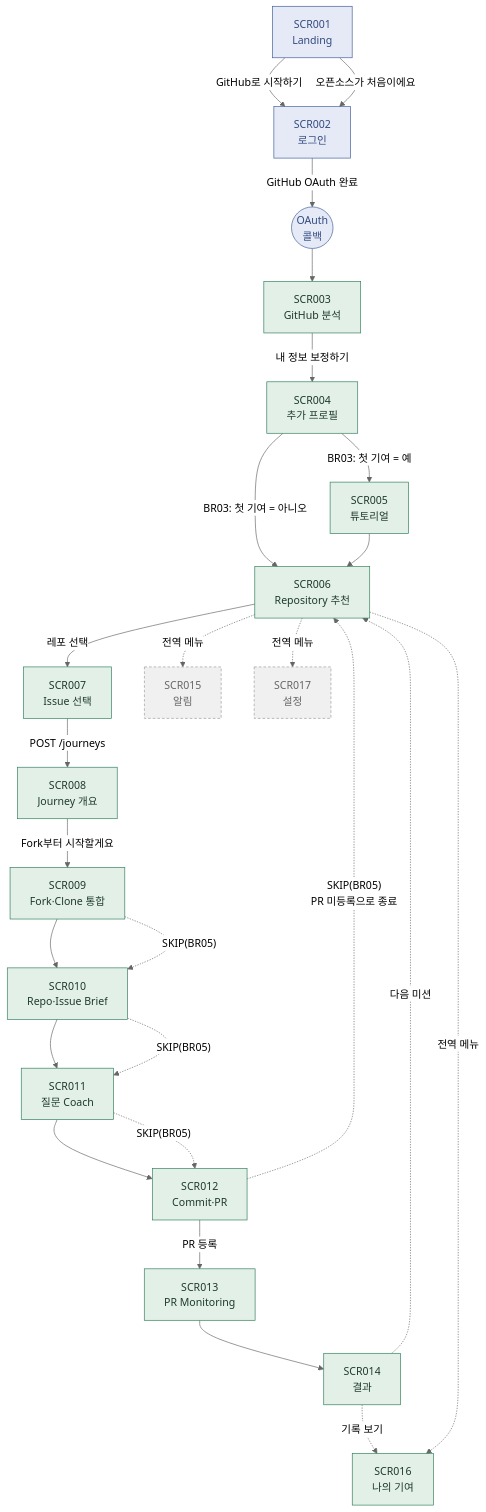
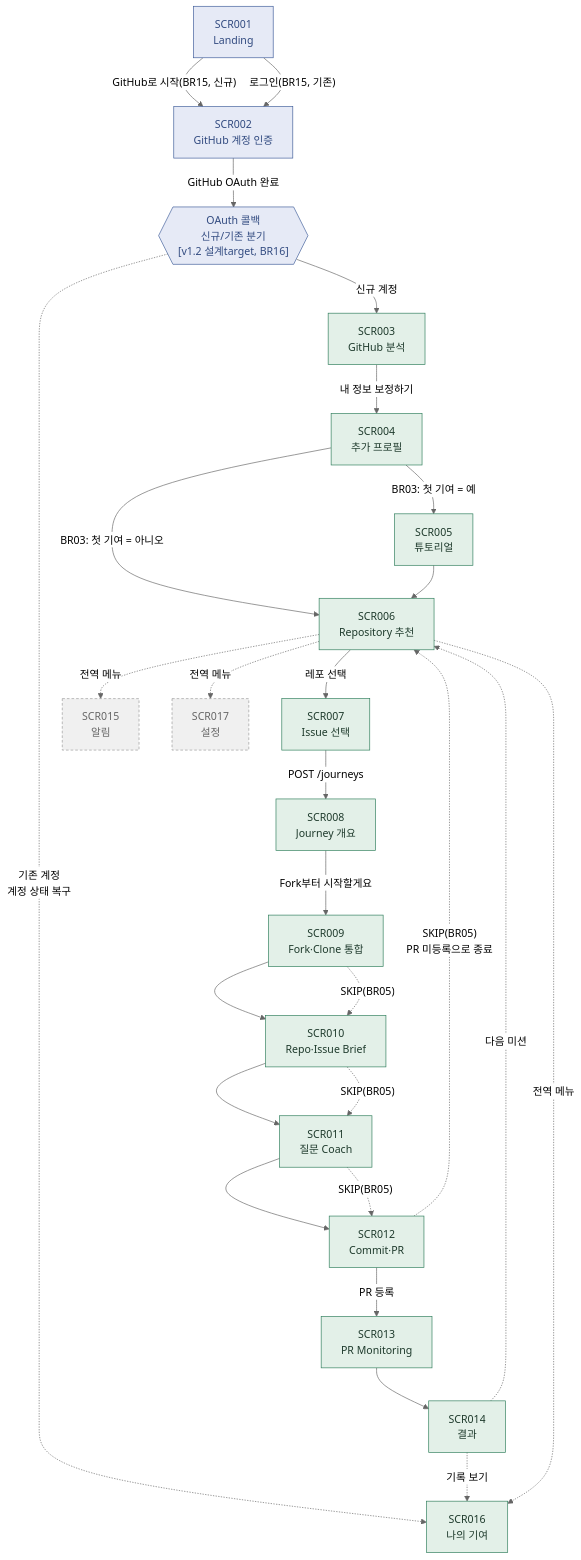
The diagram in docs/그린커밋_IA.md (userofthefreedom/for_green_commit), drawn with Mermaid (neutral theme) before and after one commit. The commit also changed other lines of this file and 3 other files, not shown here.

````diff
--- a/docs/그린커밋_IA.md
+++ b/docs/그린커밋_IA.md
@@ -65,57 +83,58 @@
 ```mermaid
 flowchart TD
     Landing["SCR001<br/>Landing"]
-    Login["SCR002<br/>로그인"]
-    Callback(("OAuth<br/>콜백"))
+    Login["SCR002<br/>GitHub 계정 인증"]
+    Callback{{"OAuth 콜백<br/>신규/기존 분기<br/>[v1.2 설계target, BR16]"}}
     Analysis["SCR003<br/>GitHub 분석"]
     Profile["SCR004<br/>추가 프로필"]
     Tutorial["SCR005<br/>튜토리얼"]
     Recommend["SCR006<br/>Repository 추천"]
     IssueSel["SCR007<br/>Issue 선택"]
     Overview["SCR008<br/>Journey 개요"]
     ForkClone["SCR009<br/>Fork·Clone 통합"]
     Brief["SCR010<br/>Repo·Issue Brief"]
     Coach["SCR011<br/>질문 Coach"]
     Ship["SCR012<br/>Commit·PR"]
     Monitor["SCR013<br/>PR Monitoring"]
     Result["SCR014<br/>결과"]
     Notif["SCR015<br/>알림"]
     MyContrib["SCR016<br/>나의 기여"]
     Settings["SCR017<br/>설정"]
 
-    Landing -->|"GitHub로 시작하기"| Login
-    Landing -->|"오픈소스가 처음이에요"| Login
+    Landing -->|"GitHub로 시작(BR15, 신규)"| Login
+    Landing -->|"로그인(BR15, 기존)"| Login
     Login -->|"GitHub OAuth 완료"| Callback
-    Callback --> Analysis
+    Callback -->|"신규 계정"| Analysis
+    Callback -.->|"기존 계정<br/>계정 상태 복구"| MyContrib
     Analysis -->|"내 정보 보정하기"| Profile
     Profile -->|"BR03: 첫 기여 = 예"| Tutorial
     Profile -->|"BR03: 첫 기여 = 아니오"| Recommend
     Tutorial --> Recommend
     Recommend -->|"레포 선택"| IssueSel
     IssueSel -->|"POST /journeys"| Overview
     Overview -->|"Fork부터 시작할게요"| ForkClone
     ForkClone --> Brief
     Brief --> Coach
     Coach --> Ship
     Ship -->|"PR 등록"| Monitor
     Monitor --> Result
     Result -.->|"다음 미션"| Recommend
     Result -.->|"기록 보기"| MyContrib
 
     ForkClone -.->|"SKIP(BR05)"| Brief
     Brief -.->|"SKIP(BR05)"| Coach
     Coach -.->|"SKIP(BR05)"| Ship
     Ship -.->|"SKIP(BR05)<br/>PR 미등록으로 종료"| Recommend
 
     Recommend -.->|"전역 메뉴"| Notif
     Recommend -.->|"전역 메뉴"| MyContrib
     Recommend -.->|"전역 메뉴"| Settings
 
     classDef scope fill:#e3f0e8,stroke:#2e7d5b,color:#1e3a2c
     classDef outofscope fill:#f0f0f0,stroke:#999,color:#666,stroke-dasharray: 4 3
     classDef auth fill:#e6eaf6,stroke:#3e5c99,color:#324b80
 
     class Landing,Login,Callback auth
     class Analysis,Profile,Tutorial,Recommend,IssueSel,Overview,ForkClone,Brief,Coach,Ship,Monitor,Result,MyContrib scope
     class Notif,Settings outofscope
 ```
````
